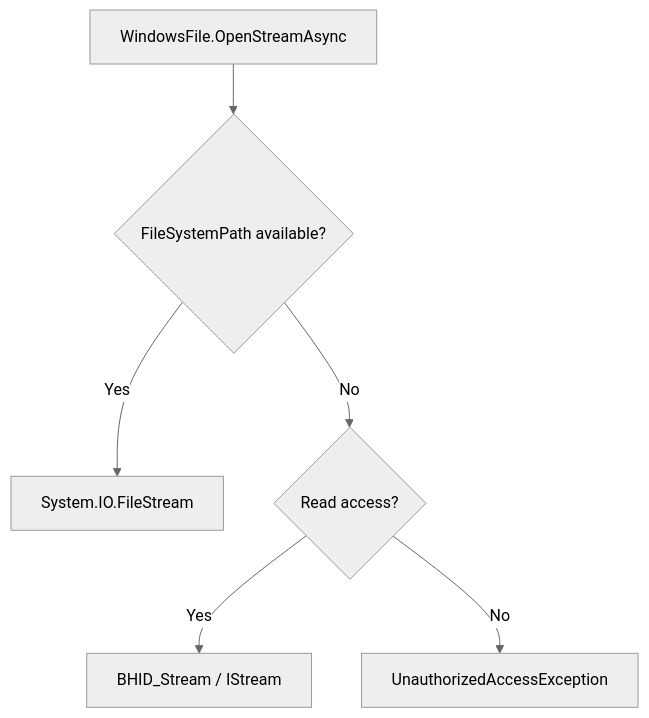
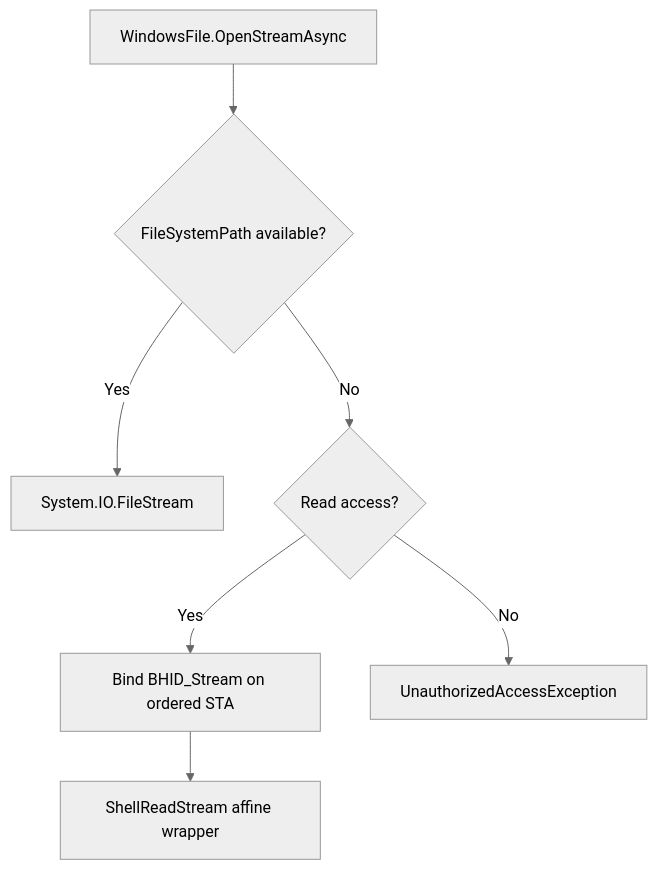
Before and after one commit to 0x5bfa/Files: the fourth of 4 diagrams in docs/architecture/windows-storage.md, drawn with Mermaid (neutral theme). The commit also changed other lines of this file and 63 other files, not shown here.

````diff
--- a/docs/architecture/windows-storage.md
+++ b/docs/architecture/windows-storage.md
@@ -80,15 +118,17 @@
 ```mermaid
 flowchart TD
     Open["WindowsFile.OpenStreamAsync"]
     HasPath{"FileSystemPath available?"}
     FileStream["System.IO.FileStream"]
     ReadOnly{"Read access?"}
-    ShellStream["BHID_Stream / IStream"]
+    Bind["Bind BHID_Stream on ordered STA"]
+    ShellStream["ShellReadStream affine wrapper"]
     Denied["UnauthorizedAccessException"]
 
     Open --> HasPath
     HasPath -->|Yes| FileStream
     HasPath -->|No| ReadOnly
-    ReadOnly -->|Yes| ShellStream
+    ReadOnly -->|Yes| Bind
+    Bind --> ShellStream
     ReadOnly -->|No| Denied
 ```
````
